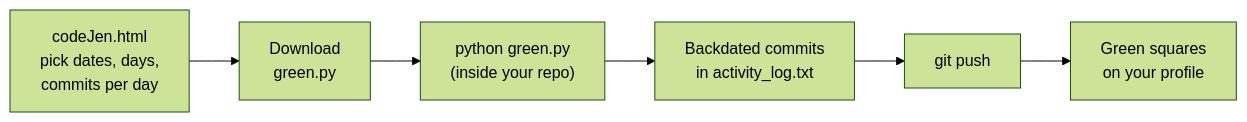
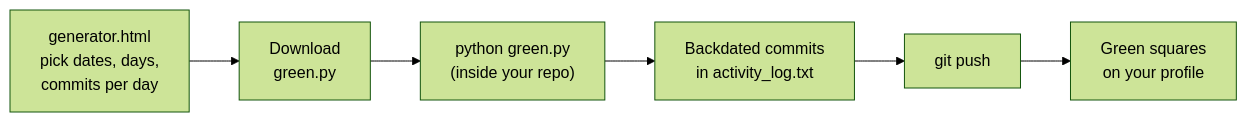
One commit to ibraheemchand/Make-Github-Green changed the diagram in README.md. Above: the diagram before and after it, drawn with Mermaid (forest theme). The commit also changed other lines of this file and 3 other files, not shown here.

First line of the commit message:
chore: rename codeJen.html to generator.html

````diff
--- a/README.md
+++ b/README.md
@@ -31,8 +31,8 @@
 ```mermaid
 flowchart LR
-    A["codeJen.html<br/>pick dates, days,<br/>commits per day"] --> B["Download<br/>green.py"]
+    A["generator.html<br/>pick dates, days,<br/>commits per day"] --> B["Download<br/>green.py"]
     B --> C["python green.py<br/>(inside your repo)"]
     C --> D["Backdated commits<br/>in activity_log.txt"]
     D --> E["git push"]
     E --> F["Green squares<br/>on your profile"]
 ```
````
